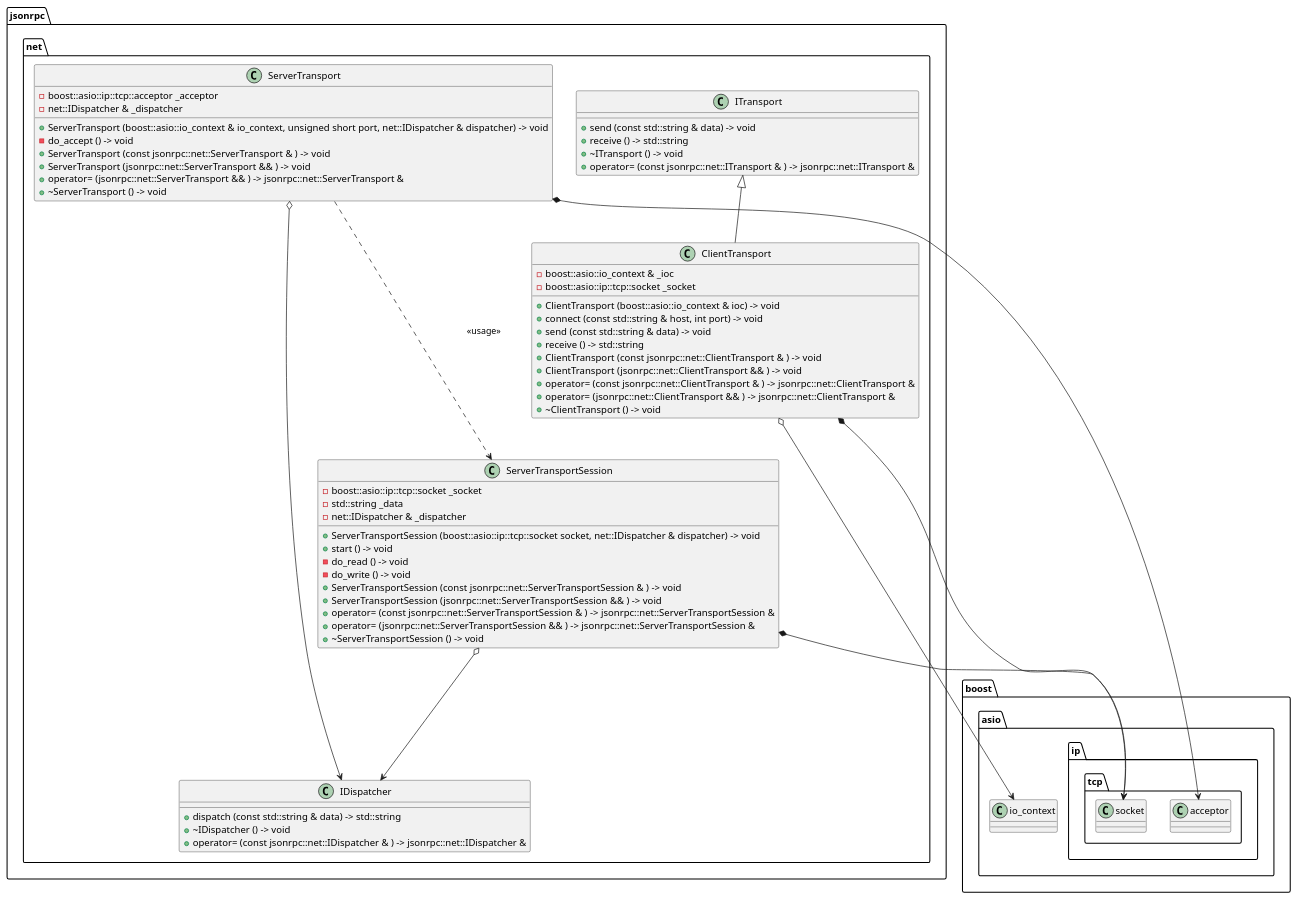
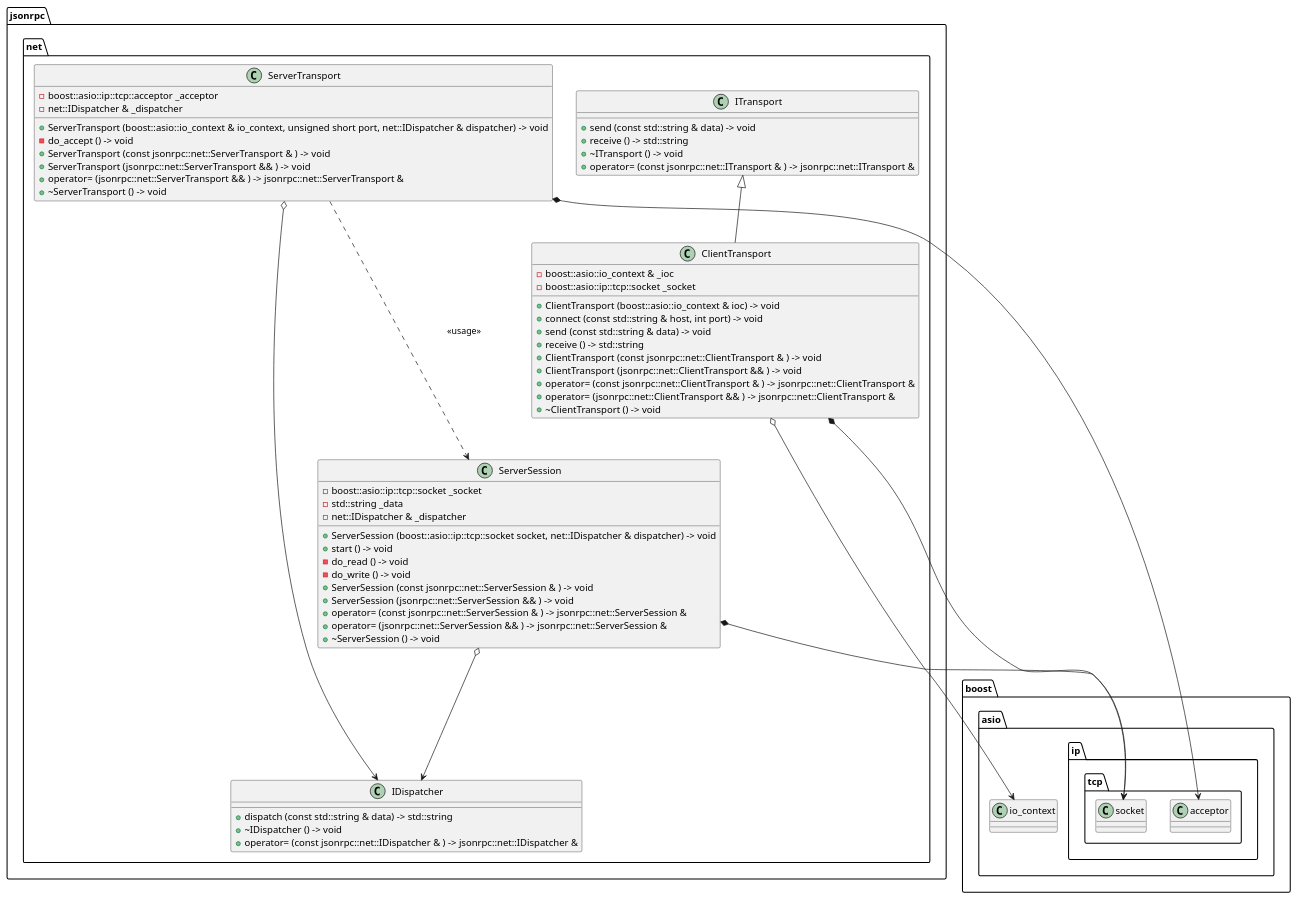
Before and after one commit to a-kuntz/JsonRPC: the diagram in doc/net.md, drawn with PlantUML. The commit also changed other lines of this file and 4 other files, not shown here.

Commit message:
refactor ServerTransportSession.cpp -> ServerSession

````diff
--- a/doc/net.md
+++ b/doc/net.md
@@ -11,64 +11,64 @@
 ```puml
 set namespaceSeparator ::
 class jsonrpc::net::ClientTransport {
   - boost::asio::io_context & _ioc
   - boost::asio::ip::tcp::socket _socket
   + ClientTransport (boost::asio::io_context & ioc) -> void
   + connect (const std::string & host, int port) -> void
   + send (const std::string & data) -> void
   + receive () -> std::string
   + ClientTransport (const jsonrpc::net::ClientTransport & ) -> void
   + ClientTransport (jsonrpc::net::ClientTransport && ) -> void
   + operator= (const jsonrpc::net::ClientTransport & ) -> jsonrpc::net::ClientTransport &
   + operator= (jsonrpc::net::ClientTransport && ) -> jsonrpc::net::ClientTransport &
   + ~ClientTransport () -> void
 }
 jsonrpc::net::ITransport <|-- jsonrpc::net::ClientTransport
 jsonrpc::net::ClientTransport o--> boost::asio::io_context
 jsonrpc::net::ClientTransport *--> boost::asio::ip::tcp::socket
 
 class jsonrpc::net::IDispatcher {
   + dispatch (const std::string & data) -> std::string
   + ~IDispatcher () -> void
   + operator= (const jsonrpc::net::IDispatcher & ) -> jsonrpc::net::IDispatcher &
 }
 
 class jsonrpc::net::ITransport {
   + send (const std::string & data) -> void
   + receive () -> std::string
   + ~ITransport () -> void
   + operator= (const jsonrpc::net::ITransport & ) -> jsonrpc::net::ITransport &
 }
 
 class jsonrpc::net::ServerTransport {
   - boost::asio::ip::tcp::acceptor _acceptor
   - net::IDispatcher & _dispatcher
   + ServerTransport (boost::asio::io_context & io_context, unsigned short port, net::IDispatcher & dispatcher) -> void
   - do_accept () -> void
   + ServerTransport (const jsonrpc::net::ServerTransport & ) -> void
   + ServerTransport (jsonrpc::net::ServerTransport && ) -> void
   + operator= (jsonrpc::net::ServerTransport && ) -> jsonrpc::net::ServerTransport &
   + ~ServerTransport () -> void
 }
 jsonrpc::net::ServerTransport *--> boost::asio::ip::tcp::acceptor
 jsonrpc::net::ServerTransport o--> jsonrpc::net::IDispatcher
-jsonrpc::net::ServerTransport -.-> jsonrpc::net::ServerTransportSession : <<usage>>
+jsonrpc::net::ServerTransport -.-> jsonrpc::net::ServerSession : <<usage>>
 
-class jsonrpc::net::ServerTransportSession {
+class jsonrpc::net::ServerSession {
   - boost::asio::ip::tcp::socket _socket
   - std::string _data
   - net::IDispatcher & _dispatcher
-  + ServerTransportSession (boost::asio::ip::tcp::socket socket, net::IDispatcher & dispatcher) -> void
+  + ServerSession (boost::asio::ip::tcp::socket socket, net::IDispatcher & dispatcher) -> void
   + start () -> void
   - do_read () -> void
   - do_write () -> void
-  + ServerTransportSession (const jsonrpc::net::ServerTransportSession & ) -> void
-  + ServerTransportSession (jsonrpc::net::ServerTransportSession && ) -> void
-  + operator= (const jsonrpc::net::ServerTransportSession & ) -> jsonrpc::net::ServerTransportSession &
-  + operator= (jsonrpc::net::ServerTransportSession && ) -> jsonrpc::net::ServerTransportSession &
-  + ~ServerTransportSession () -> void
+  + ServerSession (const jsonrpc::net::ServerSession & ) -> void
+  + ServerSession (jsonrpc::net::ServerSession && ) -> void
+  + operator= (const jsonrpc::net::ServerSession & ) -> jsonrpc::net::ServerSession &
+  + operator= (jsonrpc::net::ServerSession && ) -> jsonrpc::net::ServerSession &
+  + ~ServerSession () -> void
 }
-jsonrpc::net::ServerTransportSession *--> boost::asio::ip::tcp::socket
-jsonrpc::net::ServerTransportSession o--> jsonrpc::net::IDispatcher
+jsonrpc::net::ServerSession *--> boost::asio::ip::tcp::socket
+jsonrpc::net::ServerSession o--> jsonrpc::net::IDispatcher
 
 ```
````
